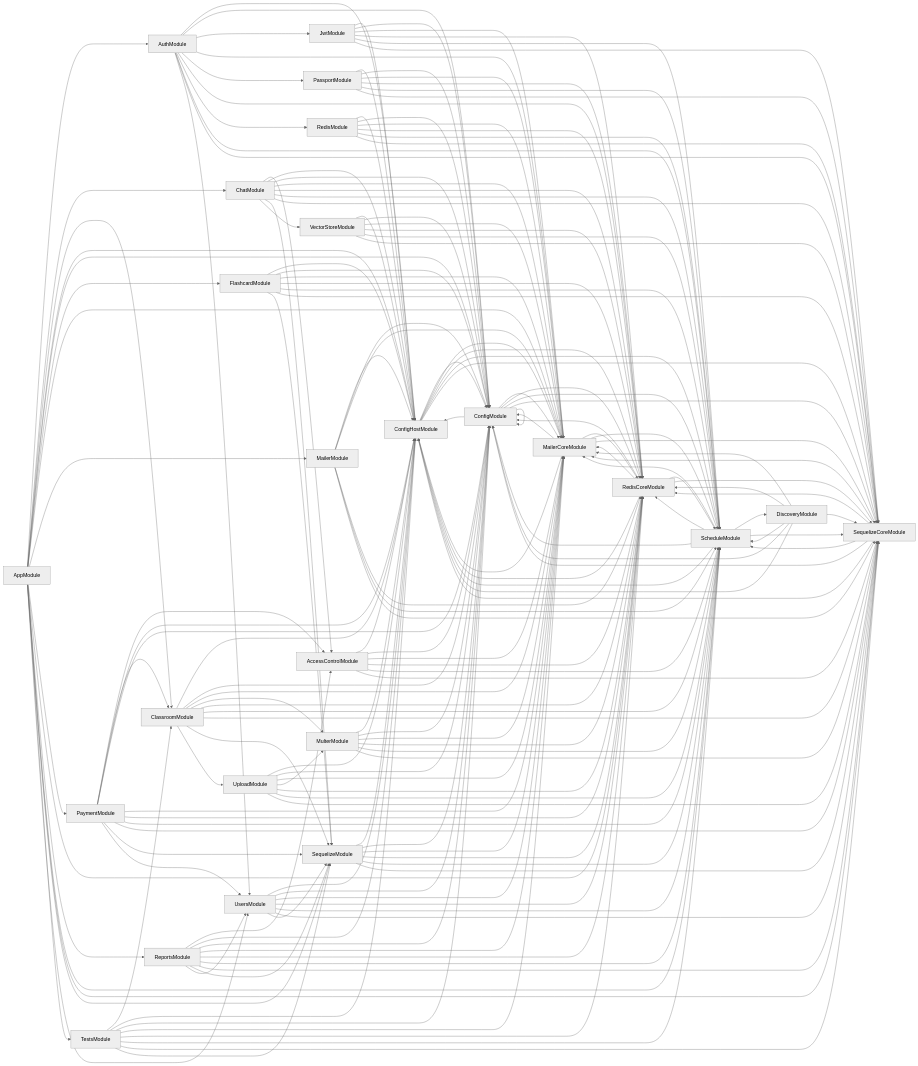
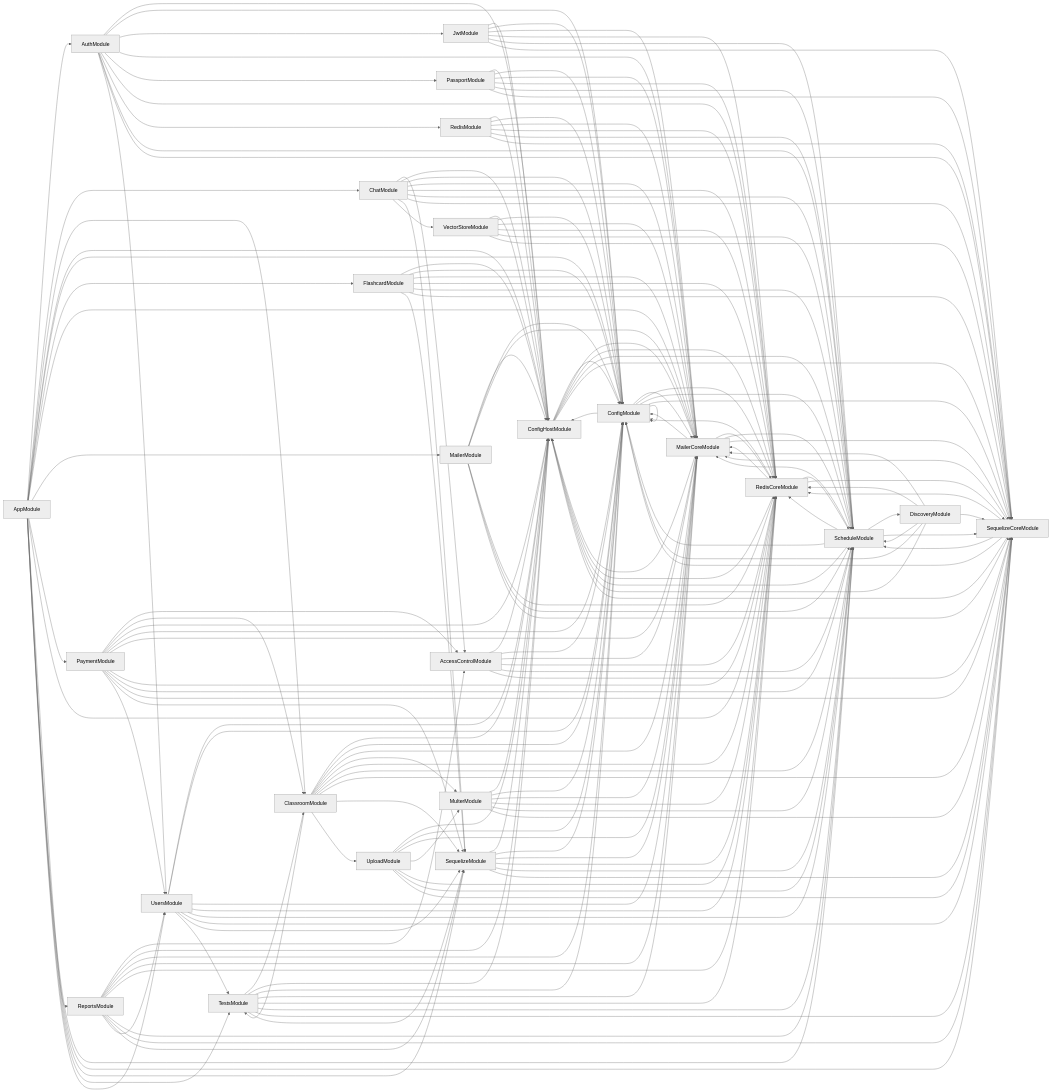
Before and after one commit to tiawai/csc13010-tiawai-server: the diagram in deps.mermaid, drawn with Mermaid (neutral theme). The commit also changed 14 other files, not shown here.

```diff
--- a/deps.mermaid
+++ b/deps.mermaid
@@ -1,179 +1,181 @@
 graph LR
     AccessControlModule-->ConfigHostModule
   AccessControlModule-->ConfigModule
   AccessControlModule-->MailerCoreModule
   AccessControlModule-->RedisCoreModule
   AccessControlModule-->ScheduleModule
   AccessControlModule-->SequelizeCoreModule
   AppModule-->AuthModule
   AppModule-->ChatModule
   AppModule-->ClassroomModule
   AppModule-->ConfigHostModule
   AppModule-->ConfigModule
   AppModule-->FlashcardModule
   AppModule-->MailerCoreModule
   AppModule-->MailerModule
   AppModule-->PaymentModule
   AppModule-->RedisCoreModule
   AppModule-->ReportsModule
   AppModule-->ScheduleModule
   AppModule-->SequelizeCoreModule
   AppModule-->SequelizeModule
   AppModule-->TestsModule
   AppModule-->UsersModule
   AuthModule-->ConfigHostModule
   AuthModule-->ConfigModule
   AuthModule-->JwtModule
   AuthModule-->MailerCoreModule
   AuthModule-->PassportModule
   AuthModule-->RedisCoreModule
   AuthModule-->RedisModule
   AuthModule-->ScheduleModule
   AuthModule-->SequelizeCoreModule
   AuthModule-->UsersModule
   ChatModule-->AccessControlModule
   ChatModule-->ConfigHostModule
   ChatModule-->ConfigModule
   ChatModule-->MailerCoreModule
   ChatModule-->RedisCoreModule
   ChatModule-->ScheduleModule
   ChatModule-->SequelizeCoreModule
   ChatModule-->SequelizeModule
   ChatModule-->VectorStoreModule
   ClassroomModule-->ConfigHostModule
   ClassroomModule-->ConfigModule
   ClassroomModule-->MailerCoreModule
   ClassroomModule-->MulterModule
   ClassroomModule-->RedisCoreModule
   ClassroomModule-->ScheduleModule
   ClassroomModule-->SequelizeCoreModule
   ClassroomModule-->SequelizeModule
+  ClassroomModule-->TestsModule
   ClassroomModule-->UploadModule
   ConfigHostModule-->ConfigModule
   ConfigHostModule-->MailerCoreModule
   ConfigHostModule-->RedisCoreModule
   ConfigHostModule-->ScheduleModule
   ConfigHostModule-->SequelizeCoreModule
   ConfigModule-->ConfigHostModule
   ConfigModule-->ConfigModule
   ConfigModule-->MailerCoreModule
   ConfigModule-->RedisCoreModule
   ConfigModule-->ScheduleModule
   ConfigModule-->SequelizeCoreModule
   DiscoveryModule-->ConfigHostModule
   DiscoveryModule-->ConfigModule
   DiscoveryModule-->MailerCoreModule
   DiscoveryModule-->RedisCoreModule
   DiscoveryModule-->ScheduleModule
   DiscoveryModule-->SequelizeCoreModule
   FlashcardModule-->ConfigHostModule
   FlashcardModule-->ConfigModule
   FlashcardModule-->MailerCoreModule
   FlashcardModule-->RedisCoreModule
   FlashcardModule-->ScheduleModule
   FlashcardModule-->SequelizeCoreModule
   FlashcardModule-->SequelizeModule
   JwtModule-->ConfigHostModule
   JwtModule-->ConfigModule
   JwtModule-->MailerCoreModule
   JwtModule-->RedisCoreModule
   JwtModule-->ScheduleModule
   JwtModule-->SequelizeCoreModule
   MailerCoreModule-->ConfigHostModule
   MailerCoreModule-->ConfigModule
   MailerCoreModule-->RedisCoreModule
   MailerCoreModule-->ScheduleModule
   MailerCoreModule-->SequelizeCoreModule
   MailerModule-->ConfigHostModule
   MailerModule-->ConfigModule
   MailerModule-->MailerCoreModule
   MailerModule-->RedisCoreModule
   MailerModule-->ScheduleModule
   MailerModule-->SequelizeCoreModule
   MulterModule-->ConfigHostModule
   MulterModule-->ConfigModule
   MulterModule-->MailerCoreModule
   MulterModule-->RedisCoreModule
   MulterModule-->ScheduleModule
   MulterModule-->SequelizeCoreModule
   PassportModule-->ConfigHostModule
   PassportModule-->ConfigModule
   PassportModule-->MailerCoreModule
   PassportModule-->RedisCoreModule
   PassportModule-->ScheduleModule
   PassportModule-->SequelizeCoreModule
   PaymentModule-->AccessControlModule
   PaymentModule-->ClassroomModule
   PaymentModule-->ConfigHostModule
   PaymentModule-->ConfigModule
   PaymentModule-->MailerCoreModule
   PaymentModule-->RedisCoreModule
   PaymentModule-->ScheduleModule
   PaymentModule-->SequelizeCoreModule
   PaymentModule-->SequelizeModule
   PaymentModule-->UsersModule
   RedisCoreModule-->ConfigHostModule
   RedisCoreModule-->ConfigModule
   RedisCoreModule-->MailerCoreModule
   RedisCoreModule-->ScheduleModule
   RedisCoreModule-->SequelizeCoreModule
   RedisModule-->ConfigHostModule
   RedisModule-->ConfigModule
   RedisModule-->MailerCoreModule
   RedisModule-->RedisCoreModule
   RedisModule-->ScheduleModule
   RedisModule-->SequelizeCoreModule
   ReportsModule-->AccessControlModule
   ReportsModule-->ConfigHostModule
   ReportsModule-->ConfigModule
   ReportsModule-->MailerCoreModule
   ReportsModule-->RedisCoreModule
   ReportsModule-->ScheduleModule
   ReportsModule-->SequelizeCoreModule
   ReportsModule-->SequelizeModule
   ReportsModule-->UsersModule
   ScheduleModule-->ConfigHostModule
   ScheduleModule-->ConfigModule
   ScheduleModule-->DiscoveryModule
   ScheduleModule-->MailerCoreModule
   ScheduleModule-->RedisCoreModule
   ScheduleModule-->SequelizeCoreModule
   SequelizeCoreModule-->ConfigHostModule
   SequelizeCoreModule-->ConfigModule
   SequelizeCoreModule-->MailerCoreModule
   SequelizeCoreModule-->RedisCoreModule
   SequelizeCoreModule-->ScheduleModule
   SequelizeModule-->ConfigHostModule
   SequelizeModule-->ConfigModule
   SequelizeModule-->MailerCoreModule
   SequelizeModule-->RedisCoreModule
   SequelizeModule-->ScheduleModule
   SequelizeModule-->SequelizeCoreModule
   TestsModule-->ClassroomModule
   TestsModule-->ConfigHostModule
   TestsModule-->ConfigModule
   TestsModule-->MailerCoreModule
   TestsModule-->RedisCoreModule
   TestsModule-->ScheduleModule
   TestsModule-->SequelizeCoreModule
   TestsModule-->SequelizeModule
   UploadModule-->ConfigHostModule
   UploadModule-->ConfigModule
   UploadModule-->MailerCoreModule
   UploadModule-->MulterModule
   UploadModule-->RedisCoreModule
   UploadModule-->ScheduleModule
   UploadModule-->SequelizeCoreModule
   UsersModule-->ConfigHostModule
   UsersModule-->ConfigModule
   UsersModule-->MailerCoreModule
   UsersModule-->RedisCoreModule
   UsersModule-->ScheduleModule
   UsersModule-->SequelizeCoreModule
   UsersModule-->SequelizeModule
+  UsersModule-->TestsModule
   VectorStoreModule-->ConfigHostModule
   VectorStoreModule-->ConfigModule
   VectorStoreModule-->MailerCoreModule
   VectorStoreModule-->RedisCoreModule
   VectorStoreModule-->ScheduleModule
   VectorStoreModule-->SequelizeCoreModule
```
